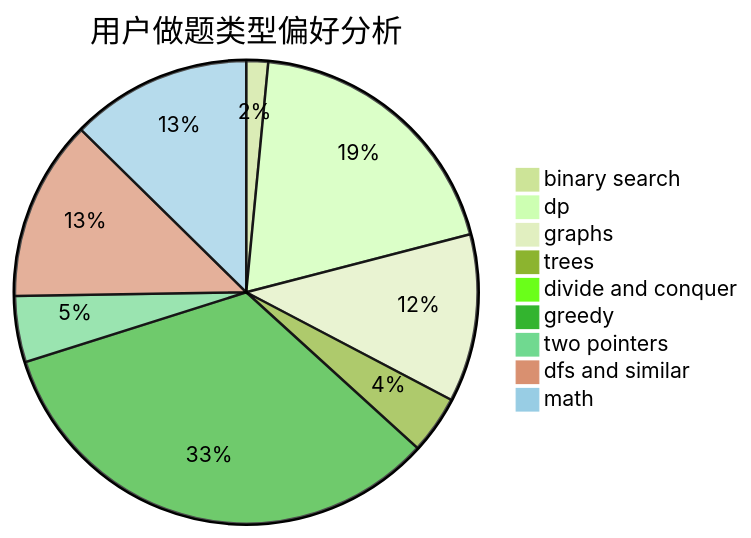
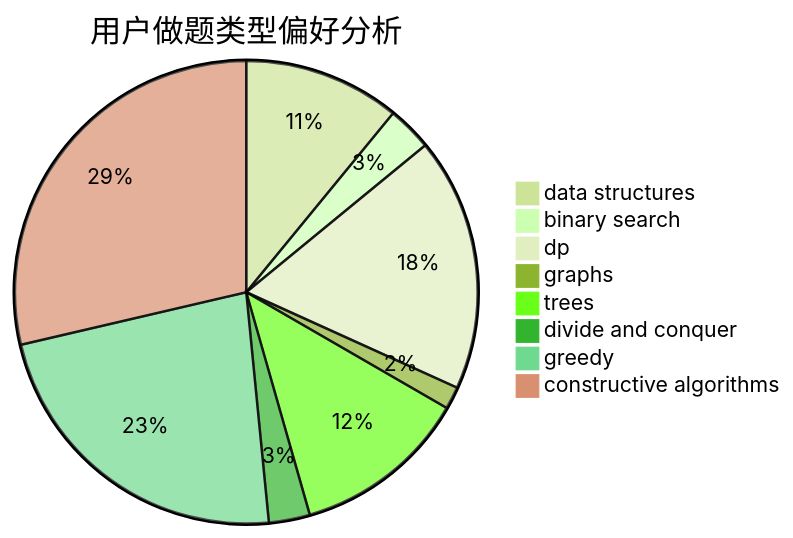
The second of 3 diagrams in docs/user/u2000.md (sherpahu/cfrs.github.io), drawn with Mermaid (forest theme) before and after one commit. The commit also changed other lines of this file and 2775 other files, not shown here.

````diff
--- a/docs/user/u2000.md
+++ b/docs/user/u2000.md
@@ -23,12 +23,11 @@
 ```mermaid
 pie title 用户做题类型偏好分析
-    "binary search" :  27
-    "dp" :  345
-    "graphs" :  208
-    "trees" :  72
+    "data structures" :  42
+    "binary search" :  12
+    "dp" :  68
+    "graphs" :  6
+    "trees" :  47
     "divide and conquer" :  11
-    "greedy" :  592
-    "two pointers" :  82
-    "dfs and similar" :  224
-    "math" :  224
+    "greedy" :  88
+    "constructive algorithms" :  110
 ```
````
